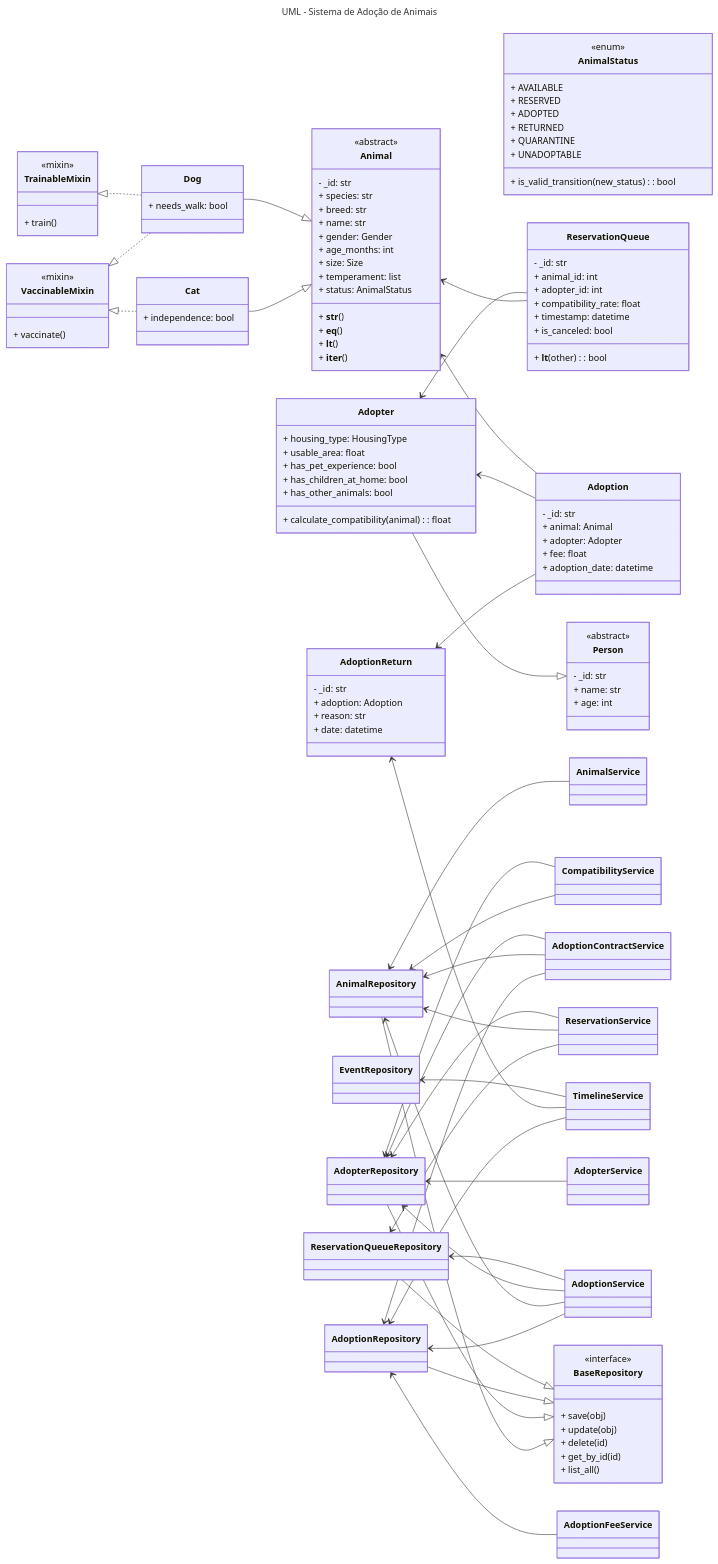
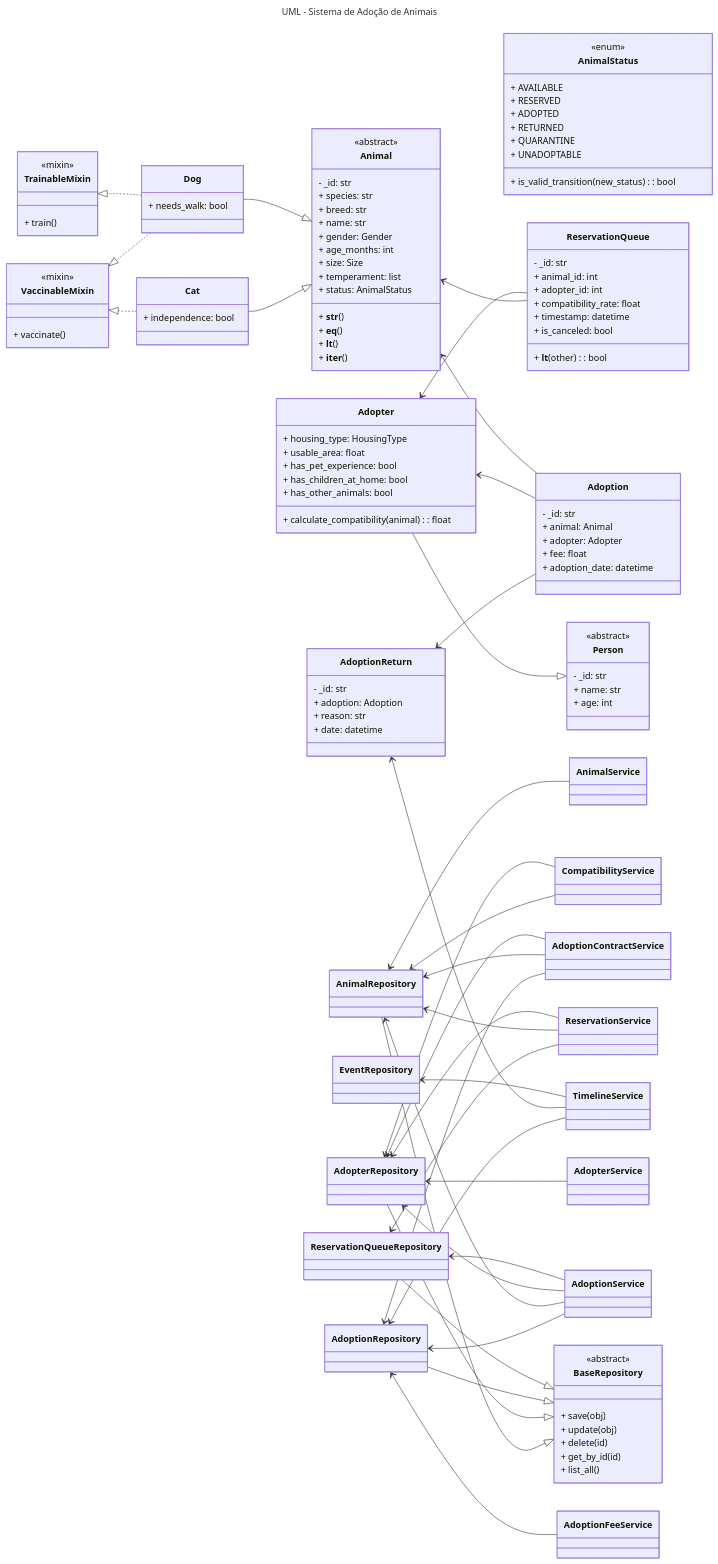
One commit to gabriel-so-santos/sis-adocao-animais changed the diagram in README.md. Above: the diagram before and after it, drawn with Mermaid.

Commit message:
Rename BaseRepository to abstract class

```diff
--- a/README.md
+++ b/README.md
@@ -394,7 +394,7 @@
     %% =========================
 
     class BaseRepository {
-        <<interface>>
+         <<abstract>>
         + save(obj)
         + update(obj)
         + delete(id)
```
